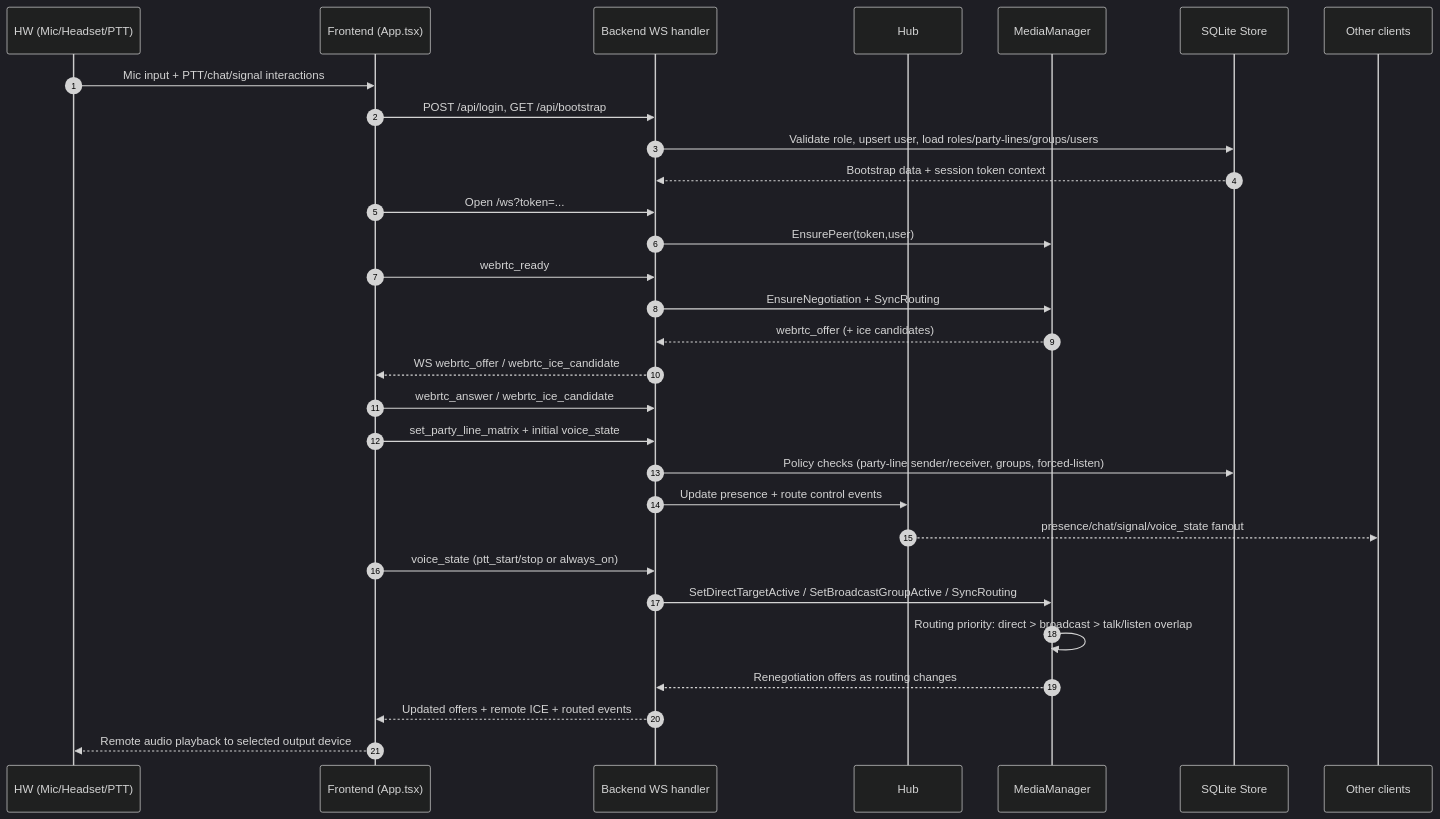
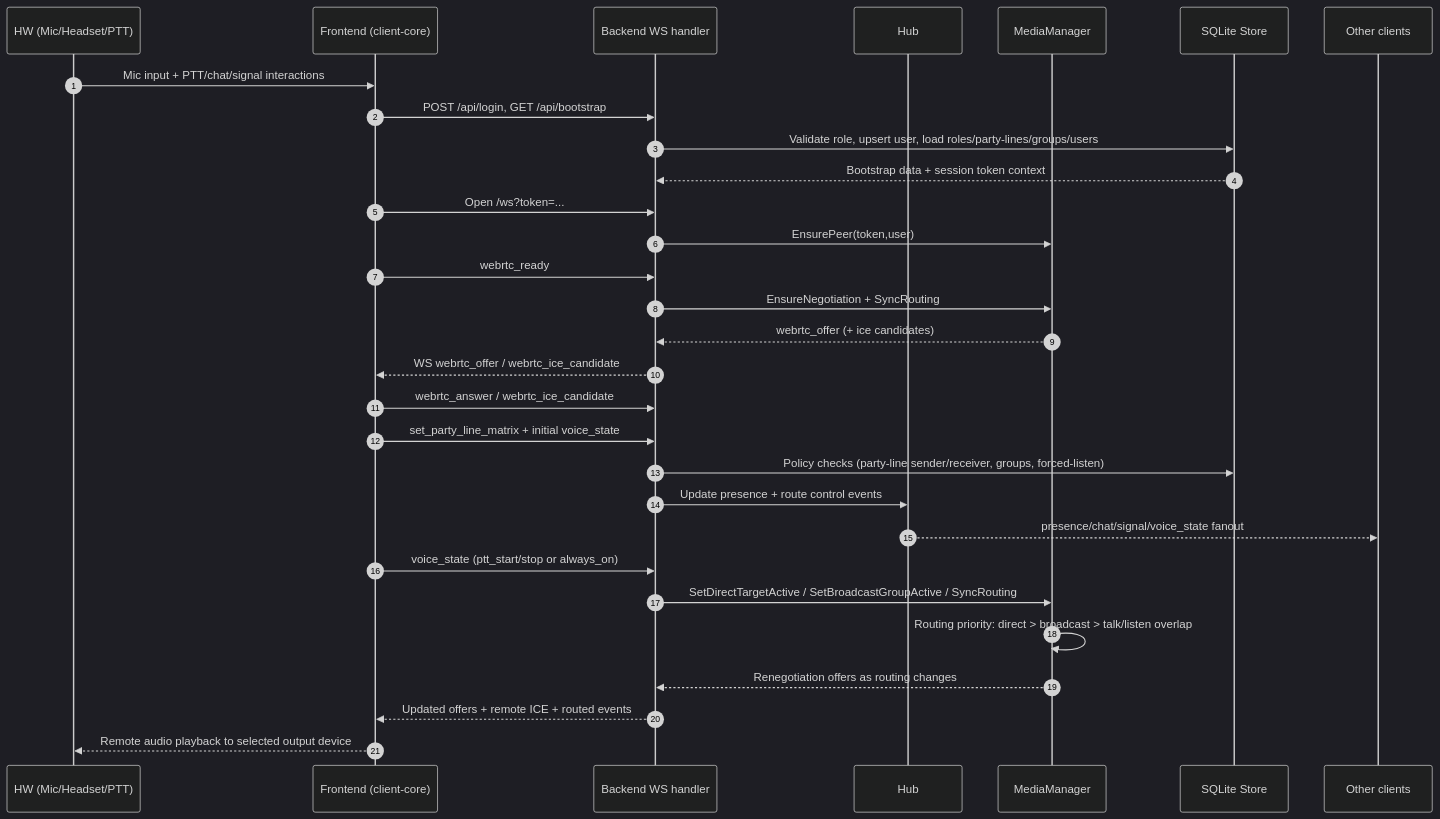
The second of 4 diagrams in docs/architecture-flow-diagram.md (KesherCom/kesher), drawn with Mermaid (dark theme) before and after one commit. The commit also changed other lines of this file and 48 other files, not shown here.

````diff
--- a/docs/architecture-flow-diagram.md
+++ b/docs/architecture-flow-diagram.md
@@ -126,33 +111,33 @@
 ```mermaid
 sequenceDiagram
   autonumber
   participant HW as HW (Mic/Headset/PTT)
-  participant FE as Frontend (App.tsx)
+  participant FE as Frontend (client-core)
   participant WS as Backend WS handler
   participant HUB as Hub
   participant MM as MediaManager
   participant DB as SQLite Store
   participant PEER as Other clients
 
   HW->>FE: Mic input + PTT/chat/signal interactions
   FE->>WS: POST /api/login, GET /api/bootstrap
   WS->>DB: Validate role, upsert user, load roles/party-lines/groups/users
   DB-->>WS: Bootstrap data + session token context
   FE->>WS: Open /ws?token=...
   WS->>MM: EnsurePeer(token,user)
   FE->>WS: webrtc_ready
   WS->>MM: EnsureNegotiation + SyncRouting
   MM-->>WS: webrtc_offer (+ ice candidates)
   WS-->>FE: WS webrtc_offer / webrtc_ice_candidate
   FE->>WS: webrtc_answer / webrtc_ice_candidate
   FE->>WS: set_party_line_matrix + initial voice_state
   WS->>DB: Policy checks (party-line sender/receiver, groups, forced-listen)
   WS->>HUB: Update presence + route control events
   HUB-->>PEER: presence/chat/signal/voice_state fanout
   FE->>WS: voice_state (ptt_start/stop or always_on)
   WS->>MM: SetDirectTargetActive / SetBroadcastGroupActive / SyncRouting
   MM->>MM: Routing priority: direct > broadcast > talk/listen overlap
   MM-->>WS: Renegotiation offers as routing changes
   WS-->>FE: Updated offers + remote ICE + routed events
   FE-->>HW: Remote audio playback to selected output device
 ```
````
